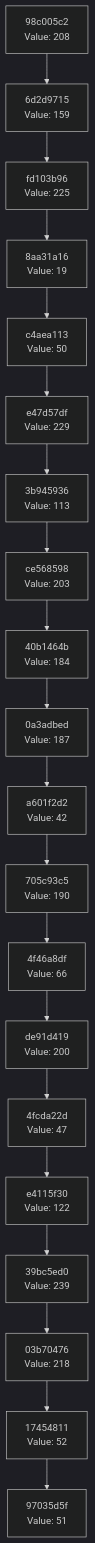
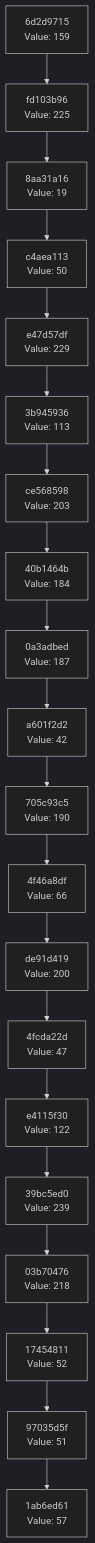
The diagram in docs/CHAIN_VISUALIZATION.md (Abhisheksinha1506/hash-chain-evolver), drawn with Mermaid (dark theme) before and after one commit. The commit also changed 1 other file, not shown here.

Commit message:
Evolution Step

````diff
--- a/docs/CHAIN_VISUALIZATION.md
+++ b/docs/CHAIN_VISUALIZATION.md
@@ -3,42 +3,42 @@
 ```mermaid
 graph TD
-    C0["97035d5f<br/>Value: 51"]
-    C1["17454811<br/>Value: 52"]
+    C0["1ab6ed61<br/>Value: 57"]
+    C1["97035d5f<br/>Value: 51"]
     C1 --> C0
-    C2["03b70476<br/>Value: 218"]
+    C2["17454811<br/>Value: 52"]
     C2 --> C1
-    C3["39bc5ed0<br/>Value: 239"]
+    C3["03b70476<br/>Value: 218"]
     C3 --> C2
-    C4["e4115f30<br/>Value: 122"]
+    C4["39bc5ed0<br/>Value: 239"]
     C4 --> C3
-    C5["4fcda22d<br/>Value: 47"]
+    C5["e4115f30<br/>Value: 122"]
     C5 --> C4
-    C6["de91d419<br/>Value: 200"]
+    C6["4fcda22d<br/>Value: 47"]
     C6 --> C5
-    C7["4f46a8df<br/>Value: 66"]
+    C7["de91d419<br/>Value: 200"]
     C7 --> C6
-    C8["705c93c5<br/>Value: 190"]
+    C8["4f46a8df<br/>Value: 66"]
     C8 --> C7
-    C9["a601f2d2<br/>Value: 42"]
+    C9["705c93c5<br/>Value: 190"]
     C9 --> C8
-    C10["0a3adbed<br/>Value: 187"]
+    C10["a601f2d2<br/>Value: 42"]
     C10 --> C9
-    C11["40b1464b<br/>Value: 184"]
+    C11["0a3adbed<br/>Value: 187"]
     C11 --> C10
-    C12["ce568598<br/>Value: 203"]
+    C12["40b1464b<br/>Value: 184"]
     C12 --> C11
-    C13["3b945936<br/>Value: 113"]
+    C13["ce568598<br/>Value: 203"]
     C13 --> C12
-    C14["e47d57df<br/>Value: 229"]
+    C14["3b945936<br/>Value: 113"]
     C14 --> C13
-    C15["c4aea113<br/>Value: 50"]
+    C15["e47d57df<br/>Value: 229"]
     C15 --> C14
-    C16["8aa31a16<br/>Value: 19"]
+    C16["c4aea113<br/>Value: 50"]
     C16 --> C15
-    C17["fd103b96<br/>Value: 225"]
+    C17["8aa31a16<br/>Value: 19"]
     C17 --> C16
-    C18["6d2d9715<br/>Value: 159"]
+    C18["fd103b96<br/>Value: 225"]
     C18 --> C17
-    C19["98c005c2<br/>Value: 208"]
+    C19["6d2d9715<br/>Value: 159"]
     C19 --> C18
 ```
````
